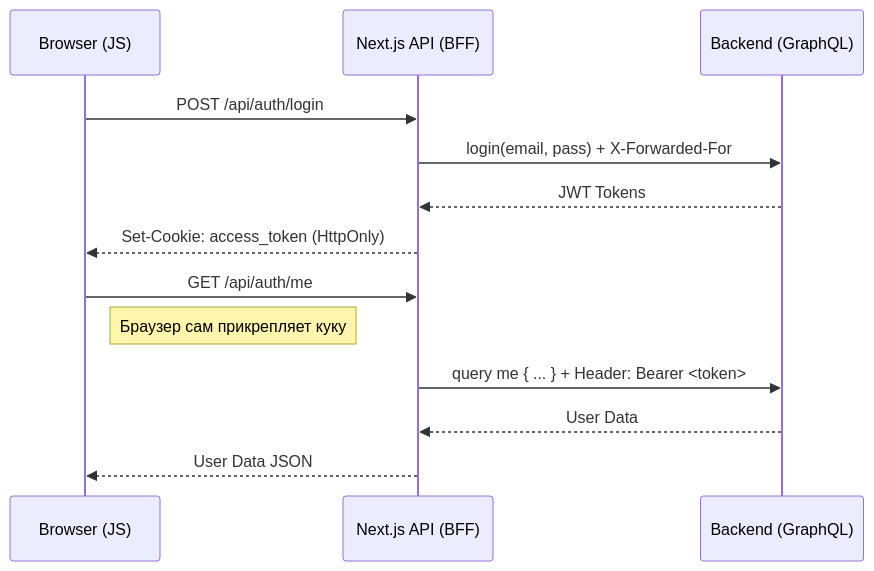
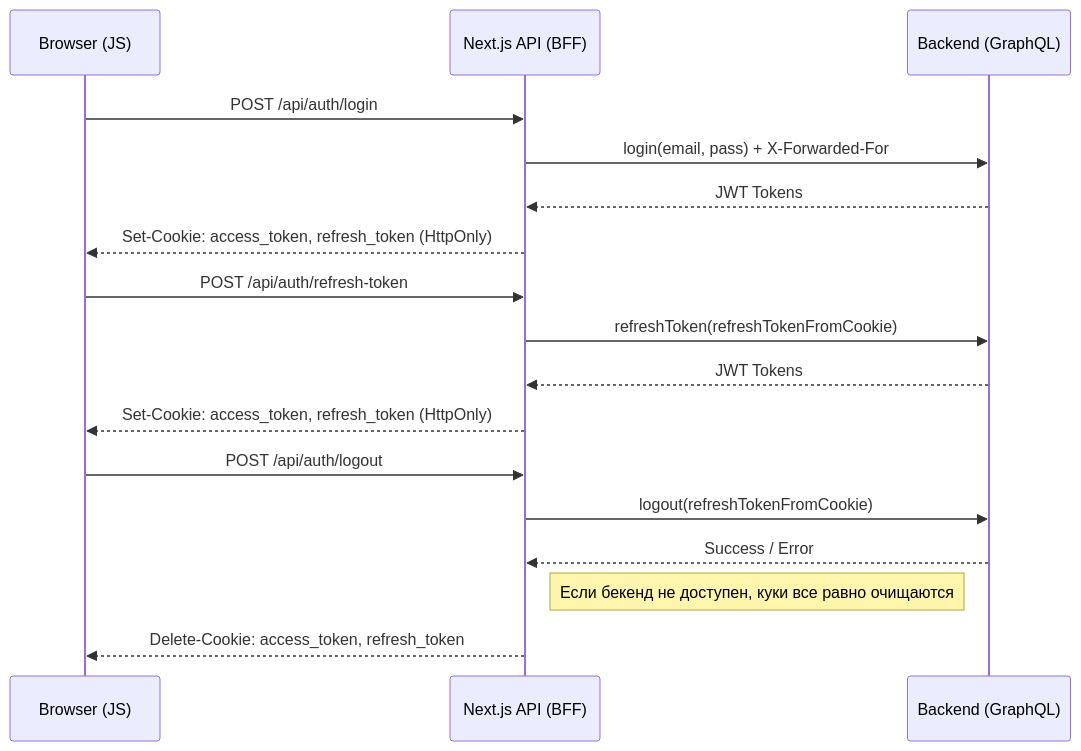
One commit to rbikbov/frontend-engineer-challenge changed the diagram in docs/adr/002-secure-auth-strategy.md. Above: the diagram before and after it, drawn with Mermaid. The commit also changed other lines of this file and 3 other files, not shown here.

Commit message:
docs(adr): update architectural decision records and project documentation

````diff
--- a/docs/adr/002-secure-auth-strategy.md
+++ b/docs/adr/002-secure-auth-strategy.md
@@ -27,17 +28,22 @@
 ```mermaid
 sequenceDiagram
     participant B as Browser (JS)
     participant BFF as Next.js API (BFF)
     participant BE as Backend (GraphQL)
 
     B->>BFF: POST /api/auth/login
     BFF->>BE: login(email, pass) + X-Forwarded-For
     BE-->>BFF: JWT Tokens
-    BFF-->>B: Set-Cookie: access_token (HttpOnly)
+    BFF-->>B: Set-Cookie: access_token, refresh_token (HttpOnly)
 
-    B->>BFF: GET /api/auth/me
-    Note right of B: Браузер сам прикрепляет куку
-    BFF->>BE: query me { ... } + Header: Bearer <token>
-    BE-->>BFF: User Data
-    BFF-->>B: User Data JSON
+    B->>BFF: POST /api/auth/refresh-token
+    BFF->>BE: refreshToken(refreshTokenFromCookie)
+    BE-->>BFF: JWT Tokens
+    BFF-->>B: Set-Cookie: access_token, refresh_token (HttpOnly)
+
+    B->>BFF: POST /api/auth/logout
+    BFF->>BE: logout(refreshTokenFromCookie)
+    BE-->>BFF: Success / Error
+    Note right of BFF: Если бекенд не доступен, куки все равно очищаются
+    BFF-->>B: Delete-Cookie: access_token, refresh_token
 ```
````
